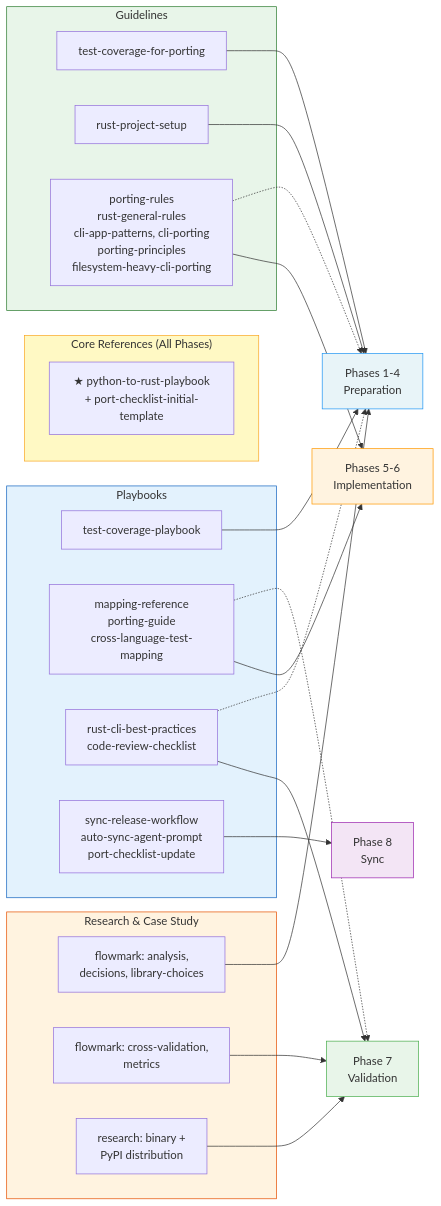
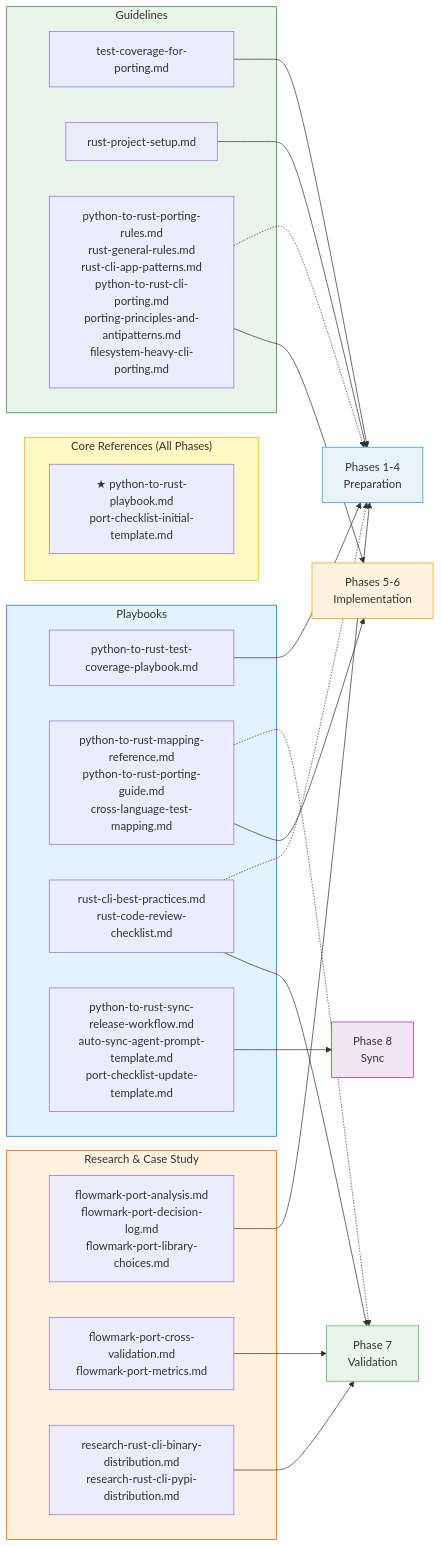
The second of 6 diagrams in docs/project/playbook-flow-analysis.md (jlevy/rust-porting-playbook), drawn with Mermaid before and after one commit. The commit also changed other lines of this file, not shown here.

Commit message:
Use full filenames with .md, one per line, across all diagrams
Consistent naming: every document reference now uses its exact
filename (with .md extension) rather than abbreviated titles.

https://claude.ai/code/session_0148Xw5B6j32TK4eNk3cRojC

````diff
--- a/docs/project/playbook-flow-analysis.md
+++ b/docs/project/playbook-flow-analysis.md
@@ -156,59 +156,59 @@
 ```mermaid
 flowchart LR
     subgraph core["Core References (All Phases)"]
-        PB_CORE["★ python-to-rust-playbook<br/>+ port-checklist-initial-template"]
+        PB_CORE["★ python-to-rust-playbook.md<br/>port-checklist-initial-template.md"]
     end
 
     subgraph playbooks["Playbooks"]
-        PB_TEST["test-coverage-playbook"]
-        PB_PORT["mapping-reference<br/>porting-guide<br/>cross-language-test-mapping"]
-        PB_INFRA["rust-cli-best-practices<br/>code-review-checklist"]
-        PB_SYNC["sync-release-workflow<br/>auto-sync-agent-prompt<br/>port-checklist-update"]
+        PB_TEST["python-to-rust-test-coverage-playbook.md"]
+        PB_PORT["python-to-rust-mapping-reference.md<br/>python-to-rust-porting-guide.md<br/>cross-language-test-mapping.md"]
+        PB_INFRA["rust-cli-best-practices.md<br/>rust-code-review-checklist.md"]
+        PB_SYNC["python-to-rust-sync-release-workflow.md<br/>auto-sync-agent-prompt-template.md<br/>port-checklist-update-template.md"]
     end
 
     subgraph guidelines["Guidelines"]
-        G_TEST_DOC["test-coverage-for-porting"]
-        G_SETUP_DOC["rust-project-setup"]
-        G_IMPL["porting-rules<br/>rust-general-rules<br/>cli-app-patterns, cli-porting<br/>porting-principles<br/>filesystem-heavy-cli-porting"]
+        G_TEST_DOC["test-coverage-for-porting.md"]
+        G_SETUP_DOC["rust-project-setup.md"]
+        G_IMPL["python-to-rust-porting-rules.md<br/>rust-general-rules.md<br/>rust-cli-app-patterns.md<br/>python-to-rust-cli-porting.md<br/>porting-principles-and-antipatterns.md<br/>filesystem-heavy-cli-porting.md"]
     end
 
     subgraph evidence["Research & Case Study"]
-        CS_PLAN_EV["flowmark: analysis,<br/>decisions, library-choices"]
-        CS_VAL_EV["flowmark: cross-validation,<br/>metrics"]
-        R_DIST["research: binary +<br/>PyPI distribution"]
+        CS_PLAN_EV["flowmark-port-analysis.md<br/>flowmark-port-decision-log.md<br/>flowmark-port-library-choices.md"]
+        CS_VAL_EV["flowmark-port-cross-validation.md<br/>flowmark-port-metrics.md"]
+        R_DIST["research-rust-cli-binary-distribution.md<br/>research-rust-cli-pypi-distribution.md"]
     end
 
     PREP["Phases 1-4<br/>Preparation"]
     IMPL_PH["Phases 5-6<br/>Implementation"]
     VAL_PH["Phase 7<br/>Validation"]
     SYNC_PH["Phase 8<br/>Sync"]
 
     %% Primary connections (solid)
     PB_TEST --> PREP
     G_TEST_DOC --> PREP
     G_SETUP_DOC --> PREP
     CS_PLAN_EV --> PREP
 
     PB_PORT --> IMPL_PH
     G_IMPL --> IMPL_PH
 
     PB_INFRA --> VAL_PH
     CS_VAL_EV --> VAL_PH
     R_DIST --> VAL_PH
 
     PB_SYNC --> SYNC_PH
 
     %% Secondary connections (dotted)
     PB_INFRA -.-> PREP
     PB_PORT -.-> VAL_PH
     G_IMPL -.-> PREP
 
     style PREP fill:#e8f4f8,stroke:#2196F3
     style IMPL_PH fill:#fff3e0,stroke:#FF9800
     style VAL_PH fill:#e8f5e9,stroke:#4CAF50
     style SYNC_PH fill:#f3e5f5,stroke:#9C27B0
     style core fill:#fff9c4,stroke:#F9A825
     style playbooks fill:#e3f2fd,stroke:#1565C0
     style guidelines fill:#e8f5e9,stroke:#2E7D32
     style evidence fill:#fff3e0,stroke:#E65100
 ```
````
